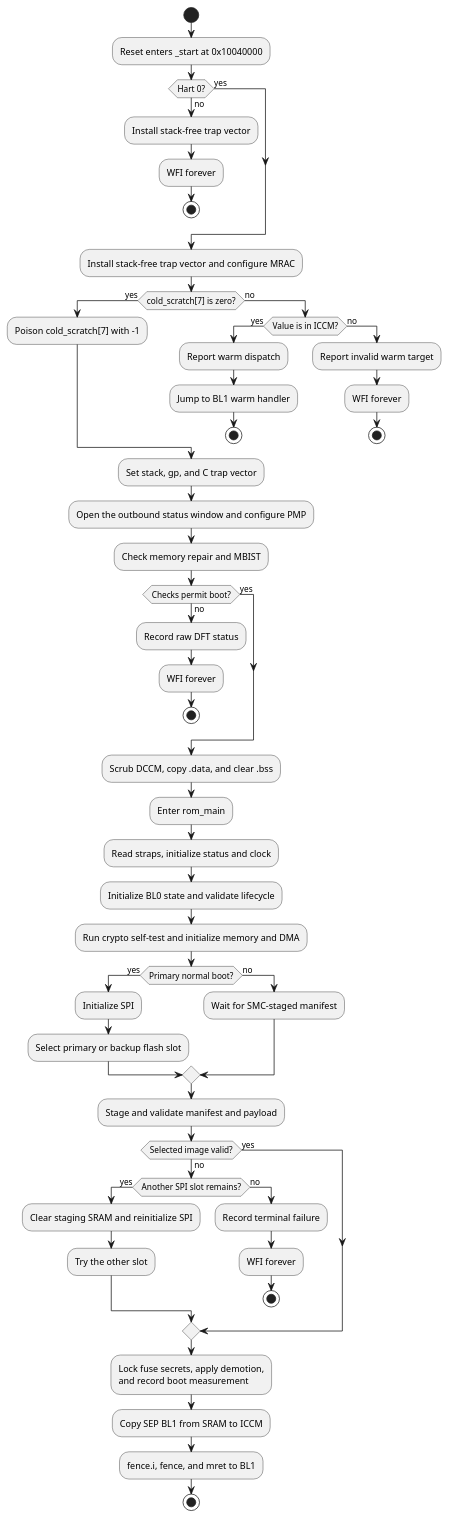
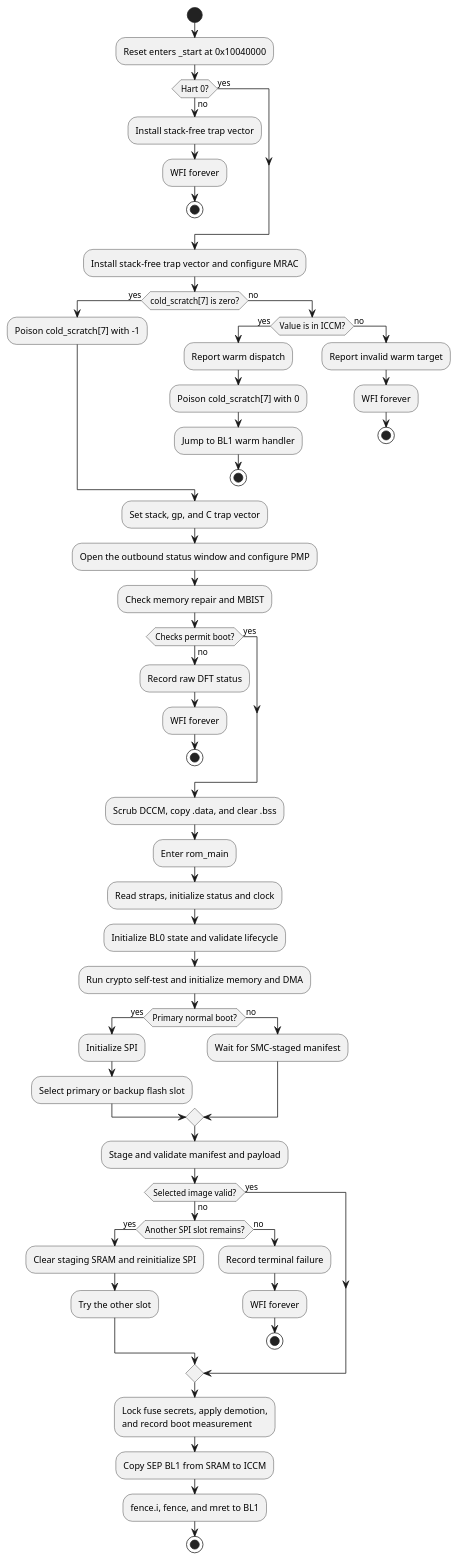
Before and after one commit to tenstorrent/tt-oca-harness: the diagram in hw/sys/sep/bootrom/prod/doc/boot-flow.adoc, drawn with PlantUML. The commit also changed 25 other files, not shown here.

```diff
--- a/hw/sys/sep/bootrom/prod/doc/boot-flow.adoc
+++ b/hw/sys/sep/bootrom/prod/doc/boot-flow.adoc
@@ -12,63 +12,64 @@
 [plantuml]
 ....
 @startuml
 start
 :Reset enters _start at 0x10040000;
 if (Hart 0?) then (yes)
 else (no)
   :Install stack-free trap vector;
   :WFI forever;
   stop
 endif
 :Install stack-free trap vector and configure MRAC;
 if (cold_scratch[7] is zero?) then (yes)
   :Poison cold_scratch[7] with -1;
 else (no)
   if (Value is in ICCM?) then (yes)
     :Report warm dispatch;
+    :Poison cold_scratch[7] with 0;
     :Jump to BL1 warm handler;
     stop
   else (no)
     :Report invalid warm target;
     :WFI forever;
     stop
   endif
 endif
 :Set stack, gp, and C trap vector;
 :Open the outbound status window and configure PMP;
 :Check memory repair and MBIST;
 if (Checks permit boot?) then (yes)
 else (no)
   :Record raw DFT status;
   :WFI forever;
   stop
 endif
 :Scrub DCCM, copy .data, and clear .bss;
 :Enter rom_main;
 :Read straps, initialize status and clock;
 :Initialize BL0 state and validate lifecycle;
 :Run crypto self-test and initialize memory and DMA;
 if (Primary normal boot?) then (yes)
   :Initialize SPI;
   :Select primary or backup flash slot;
 else (no)
   :Wait for SMC-staged manifest;
 endif
 :Stage and validate manifest and payload;
 if (Selected image valid?) then (yes)
 else (no)
   if (Another SPI slot remains?) then (yes)
     :Clear staging SRAM and reinitialize SPI;
     :Try the other slot;
   else (no)
     :Record terminal failure;
     :WFI forever;
     stop
   endif
 endif
 :Lock fuse secrets, apply demotion,\nand record boot measurement;
 :Copy SEP BL1 from SRAM to ICCM;
 :fence.i, fence, and mret to BL1;
 stop
 @enduml
 ....
```
